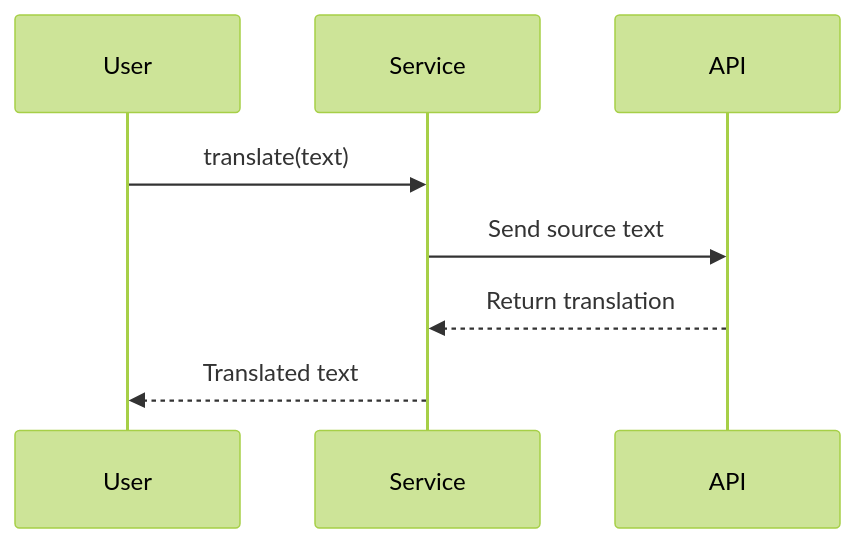
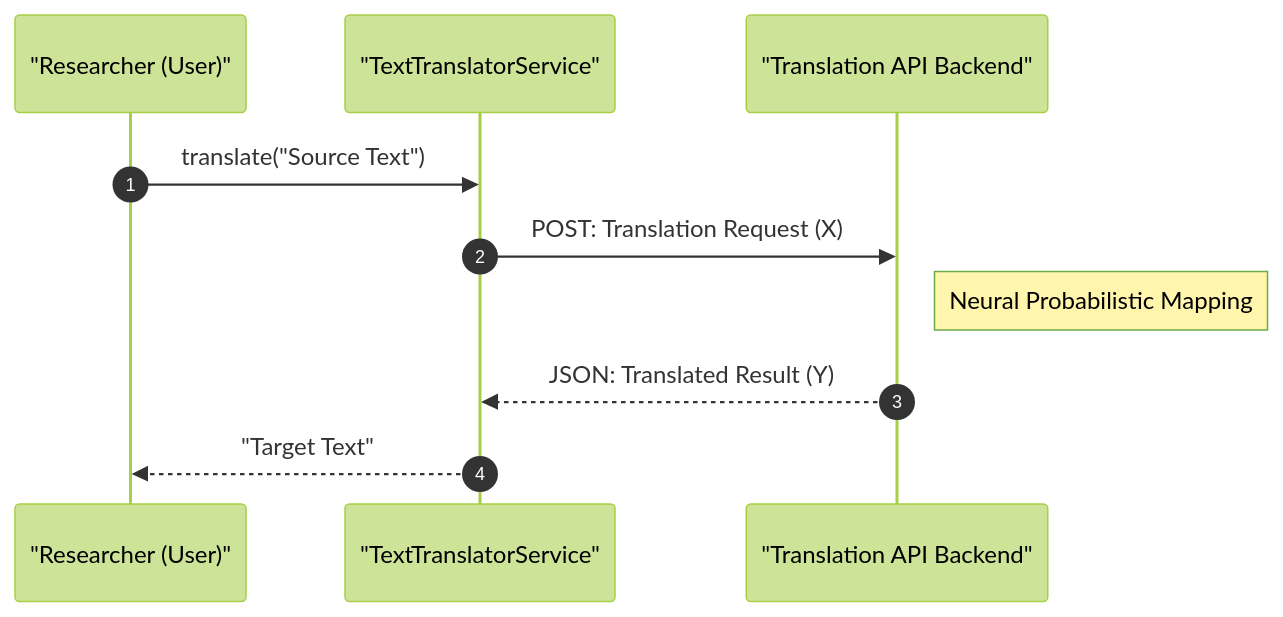
One commit to Amey-Thakur/PYTHON-SHORTS changed the second of 2 diagrams in Source Code/Text Translator/README.md. Above: the diagram before and after it, drawn with Mermaid (forest theme). The commit also changed other lines of this file and 1 other file, not shown here.

````diff
--- a/Source Code/Text Translator/README.md
+++ b/Source Code/Text Translator/README.md
@@ -64,11 +64,13 @@
 ```mermaid
 sequenceDiagram
-    participant User
-    participant Service
-    participant API
+    autonumber
+    participant U as "Researcher (User)"
+    participant S as "TextTranslatorService"
+    participant A as "Translation API Backend"
     
-    User->>Service: translate(text)
-    Service->>API: Send source text
-    API-->>Service: Return translation
-    Service-->>User: Translated text
+    U->>S: translate("Source Text")
+    S->>A: POST: Translation Request (X)
+    Note right of A: Neural Probabilistic Mapping
+    A-->>S: JSON: Translated Result (Y)
+    S-->>U: "Target Text"
 ```
````
